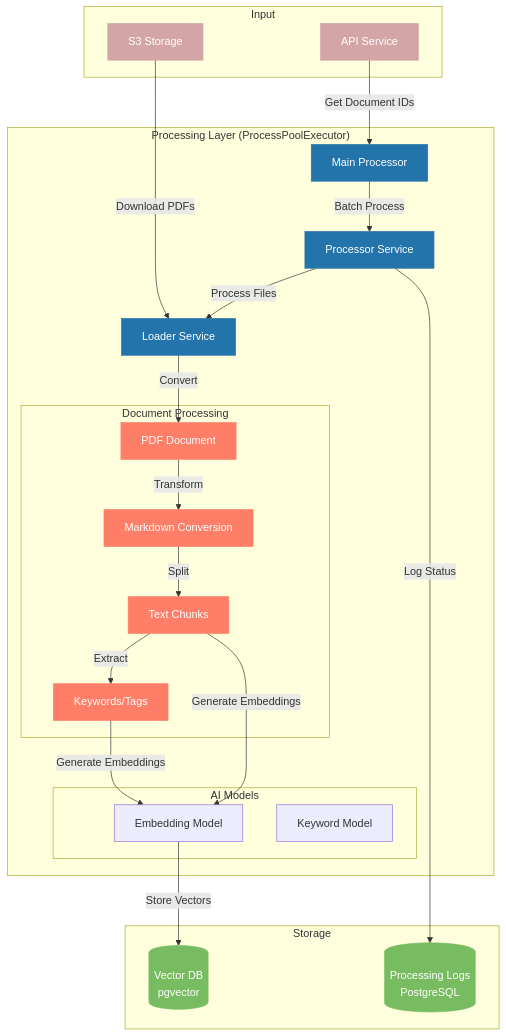
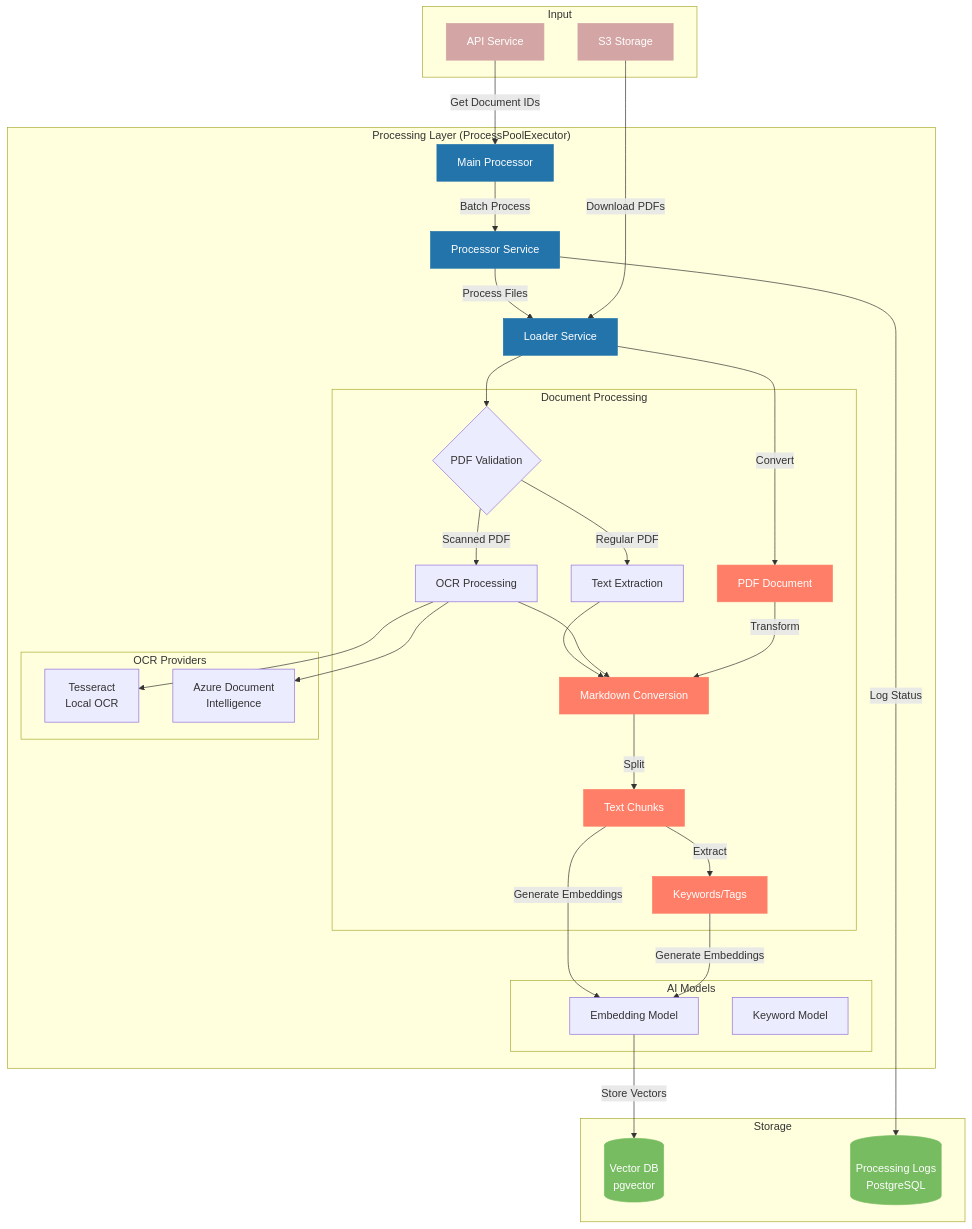
One commit to bcgov/EPIC.search changed the first of 2 diagrams in tools/embedder/DOCUMENTATION.md. Above: the diagram before and after it, drawn with Mermaid. The commit also changed other lines of this file and 18 other files, not shown here.

Commit message:
add ability to process scanned documents with ocr (Tesseract or Azure Document Intelligence)

````diff
--- a/tools/embedder/DOCUMENTATION.md
+++ b/tools/embedder/DOCUMENTATION.md
@@ -16,55 +26,70 @@
 ```mermaid
 graph TB
     subgraph Input
         API[API Service]
         S3[S3 Storage]
     end
 
     subgraph Processing ["Processing Layer (ProcessPoolExecutor)"]
         MP[Main Processor]
         PS[Processor Service]
         LS[Loader Service]
         
         subgraph Document Processing
             PDF[PDF Document]
+            VAL{PDF Validation}
+            TXT[Text Extraction]
+            OCR[OCR Processing]
             MD[Markdown Conversion]
             chunks[Text Chunks]
             KW[Keywords/Tags]
         end
         
         subgraph AI Models
             EM[Embedding Model]
             KM[Keyword Model]
+        end
+        
+        subgraph OCR Providers
+            TESS[Tesseract<br/>Local OCR]
+            AZURE[Azure Document<br/>Intelligence]
         end
     end
 
     subgraph Storage
         VDB[(Vector DB<br/>pgvector)]
         LDB[(Processing Logs<br/>PostgreSQL)]
     end
 
     %% Flow connections
     API -->|Get Document IDs| MP
     MP -->|Batch Process| PS
     PS -->|Process Files| LS
     S3 -->|Download PDFs| LS
+    LS --> VAL
+    VAL -->|Regular PDF| TXT
+    VAL -->|Scanned PDF| OCR
+    OCR --> TESS
+    OCR --> AZURE
+    TXT --> MD
+    OCR --> MD
     LS -->|Convert| PDF
     PDF -->|Transform| MD
     MD -->|Split| chunks
     chunks -->|Extract| KW
     chunks -->|Generate Embeddings| EM
     KW -->|Generate Embeddings| EM
     EM -->|Store Vectors| VDB
     PS -->|Log Status| LDB
 
     %% Styling
     classDef primary fill:#2374ab,stroke:#2374ab,color:#fff
     classDef secondary fill:#ff7e67,stroke:#ff7e67,color:#fff
     classDef storage fill:#78bc61,stroke:#78bc61,color:#fff
     classDef input fill:#d4a5a5,stroke:#d4a5a5,color:#fff
     
     class MP,PS,LS primary
     class PDF,MD,chunks,KW secondary
     class VDB,LDB storage
     class API,S3 input
 ```
````
